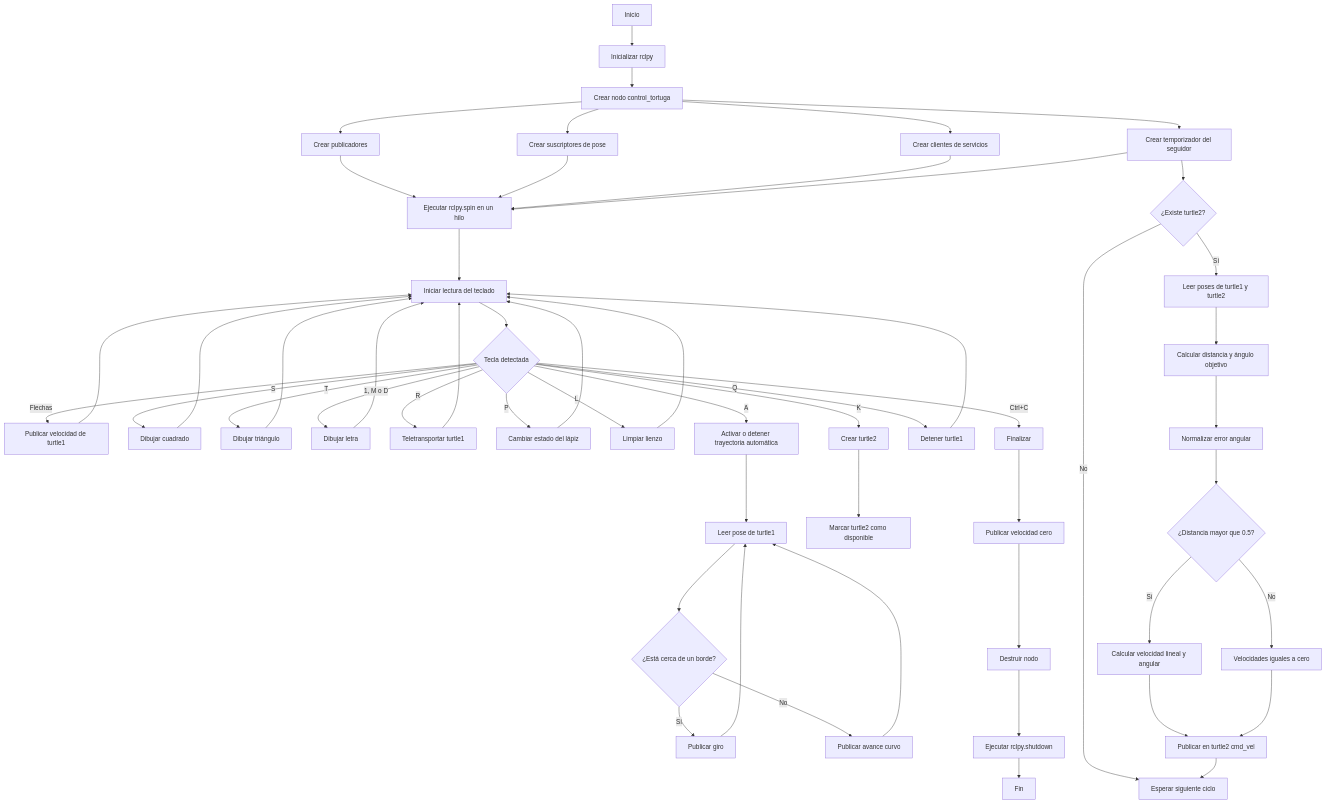
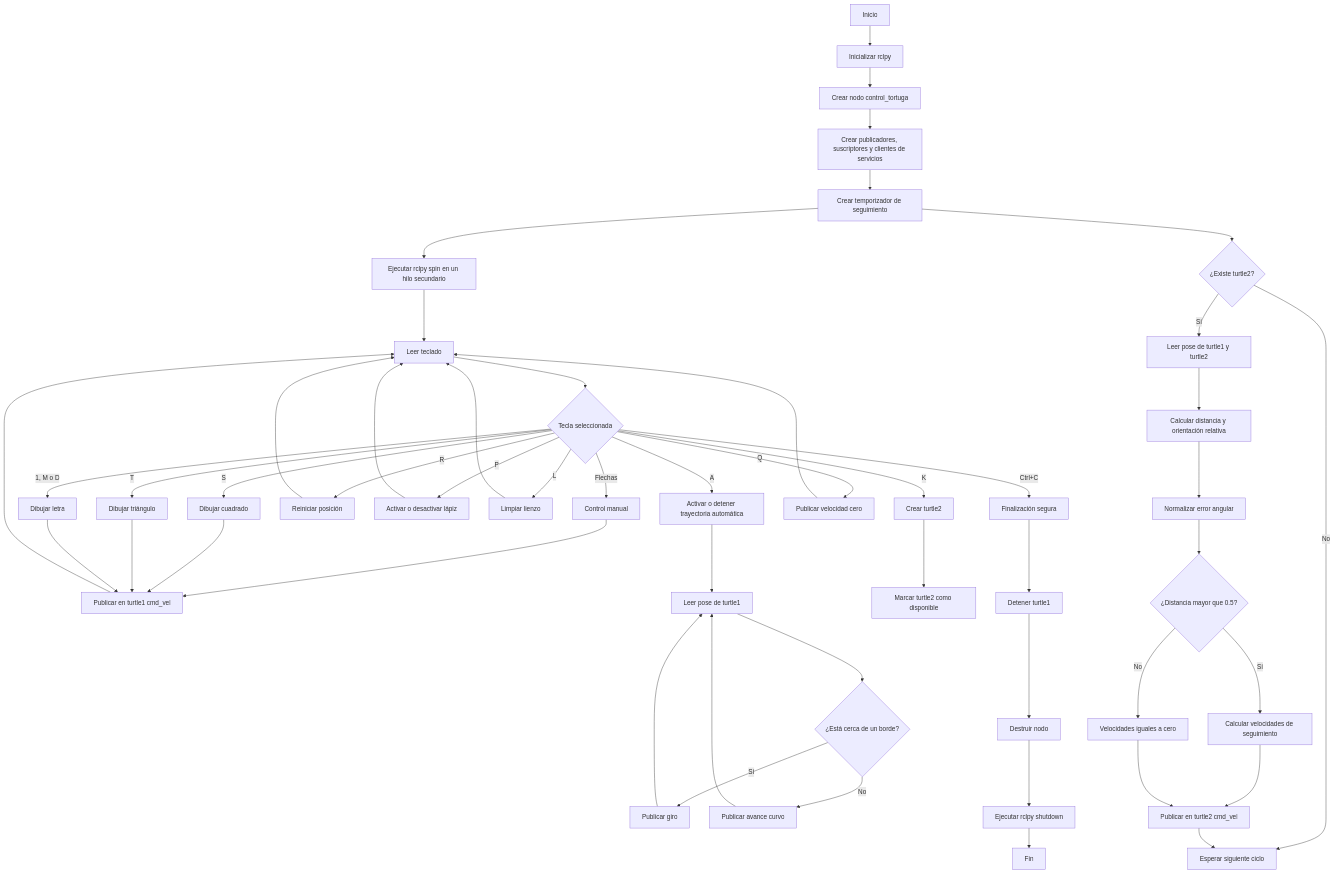
One commit to labsir-un/Robotica-2026-I-Equipo-2C-Castro-Morales-Arcila changed the diagram in Laboratorio No. 04 - Robótica de Desarrollo ROS Jazzy y Turtlesim/README.MD. Above: the diagram before and after it, drawn with Mermaid. The commit also changed other lines of this file, not shown here.

````diff
--- a/Laboratorio No. 04 - Robótica de Desarrollo ROS Jazzy y Turtlesim/README.MD
+++ b/Laboratorio No. 04 - Robótica de Desarrollo ROS Jazzy y Turtlesim/README.MD
@@ -631,62 +786,60 @@
 ```mermaid
 flowchart TD
     A[Inicio] --> B[Inicializar rclpy]
     B --> C[Crear nodo control_tortuga]
-    C --> D[Crear publicadores]
-    C --> E[Crear suscriptores de pose]
-    C --> F[Crear clientes de servicios]
-    C --> G[Crear temporizador del seguidor]
-    D --> H[Ejecutar rclpy.spin en un hilo]
-    E --> H
-    F --> H
-    G --> H
-    H --> I[Iniciar lectura del teclado]
-    I --> J{Tecla detectada}
+    C --> D[Crear publicadores, suscriptores y clientes de servicios]
+    D --> E[Crear temporizador de seguimiento]
+    E --> F[Ejecutar rclpy spin en un hilo secundario]
+    F --> G[Leer teclado]
 
-    J -->|Flechas| K[Publicar velocidad de turtle1]
-    J -->|S| L[Dibujar cuadrado]
-    J -->|T| M[Dibujar triángulo]
-    J -->|1, M o D| N[Dibujar letra]
-    J -->|R| O[Teletransportar turtle1]
-    J -->|P| P[Cambiar estado del lápiz]
-    J -->|L| Q[Limpiar lienzo]
-    J -->|K| R[Crear turtle2]
-    J -->|A| S[Activar o detener trayectoria automática]
-    J -->|Q| T[Detener turtle1]
-    J -->|Ctrl+C| U[Finalizar]
+    G --> H{Tecla seleccionada}
 
-    S --> V[Leer pose de turtle1]
-    V --> W{¿Está cerca de un borde?}
-    W -->|Sí| X[Publicar giro]
-    W -->|No| Y[Publicar avance curvo]
-    X --> V
-    Y --> V
+    H -->|Flechas| I[Control manual]
+    H -->|S| J[Dibujar cuadrado]
+    H -->|T| K[Dibujar triángulo]
+    H -->|1, M o D| L[Dibujar letra]
+    H -->|R| M[Reiniciar posición]
+    H -->|P| N[Activar o desactivar lápiz]
+    H -->|L| O[Limpiar lienzo]
+    H -->|K| P[Crear turtle2]
+    H -->|A| Q[Activar o detener trayectoria automática]
+    H -->|Q| R[Publicar velocidad cero]
+    H -->|Ctrl+C| S[Finalización segura]
 
-    R --> Z[Marcar turtle2 como disponible]
+    I --> T[Publicar en turtle1 cmd_vel]
+    J --> T
+    K --> T
+    L --> T
 
-    G --> AA{¿Existe turtle2?}
-    AA -->|No| AB[Esperar siguiente ciclo]
-    AA -->|Sí| AC[Leer poses de turtle1 y turtle2]
-    AC --> AD[Calcular distancia y ángulo objetivo]
-    AD --> AE[Normalizar error angular]
-    AE --> AF{¿Distancia mayor que 0.5?}
-    AF -->|Sí| AG[Calcular velocidad lineal y angular]
-    AF -->|No| AH[Velocidades iguales a cero]
-    AG --> AI[Publicar en turtle2 cmd_vel]
-    AH --> AI
-    AI --> AB
+    Q --> U[Leer pose de turtle1]
+    U --> V{¿Está cerca de un borde?}
+    V -->|Sí| W[Publicar giro]
+    V -->|No| X[Publicar avance curvo]
+    W --> U
+    X --> U
 
-    K --> I
-    L --> I
-    M --> I
-    N --> I
-    O --> I
-    P --> I
-    Q --> I
-    T --> I
+    P --> Y[Marcar turtle2 como disponible]
 
-    U --> AJ[Publicar velocidad cero]
-    AJ --> AK[Destruir nodo]
-    AK --> AL[Ejecutar rclpy.shutdown]
-    AL --> AM[Fin]
+    E --> Z{¿Existe turtle2?}
+    Z -->|No| AA[Esperar siguiente ciclo]
+    Z -->|Sí| AB[Leer pose de turtle1 y turtle2]
+    AB --> AC[Calcular distancia y orientación relativa]
+    AC --> AD[Normalizar error angular]
+    AD --> AE{¿Distancia mayor que 0.5?}
+    AE -->|Sí| AF[Calcular velocidades de seguimiento]
+    AE -->|No| AG[Velocidades iguales a cero]
+    AF --> AH[Publicar en turtle2 cmd_vel]
+    AG --> AH
+    AH --> AA
+
+    T --> G
+    M --> G
+    N --> G
+    O --> G
+    R --> G
+
+    S --> AI[Detener turtle1]
+    AI --> AJ[Destruir nodo]
+    AJ --> AK[Ejecutar rclpy shutdown]
+    AK --> AL[Fin]
 ```
````
